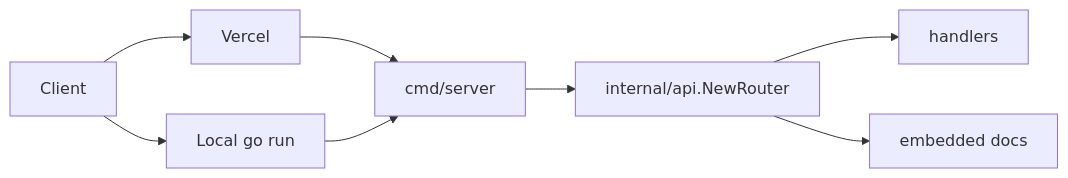
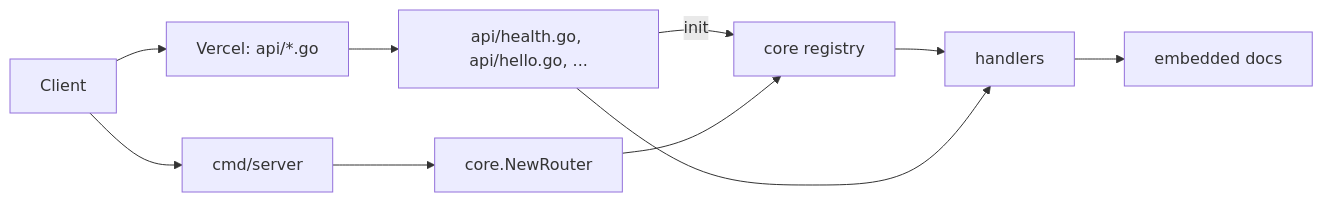
One commit to beningkumalahaqi/go-serverless changed the diagram in docs/architecture.md. Above: the diagram before and after it, drawn with Mermaid. The commit also changed other lines of this file and 4 other files, not shown here.

````diff
--- a/docs/architecture.md
+++ b/docs/architecture.md
@@ -5,10 +5,12 @@
 ```mermaid
 flowchart LR
-  C[Client] --> V[Vercel]
-  C --> L["Local go run"]
-  V --> S["cmd/server"]
-  L --> S
-  S --> R["internal/api.NewRouter"]
-  R --> H[handlers]
-  R --> D[embedded docs]
+  C[Client] --> V["Vercel: api/*.go"]
+  C --> S["cmd/server"]
+  F["api/health.go, api/hello.go, ..."] -->|init| G["core registry"]
+  V --> F
+  S --> R["core.NewRouter"]
+  R --> G
+  G --> H[handlers]
+  F --> H
+  H --> D[embedded docs]
 ```
````
